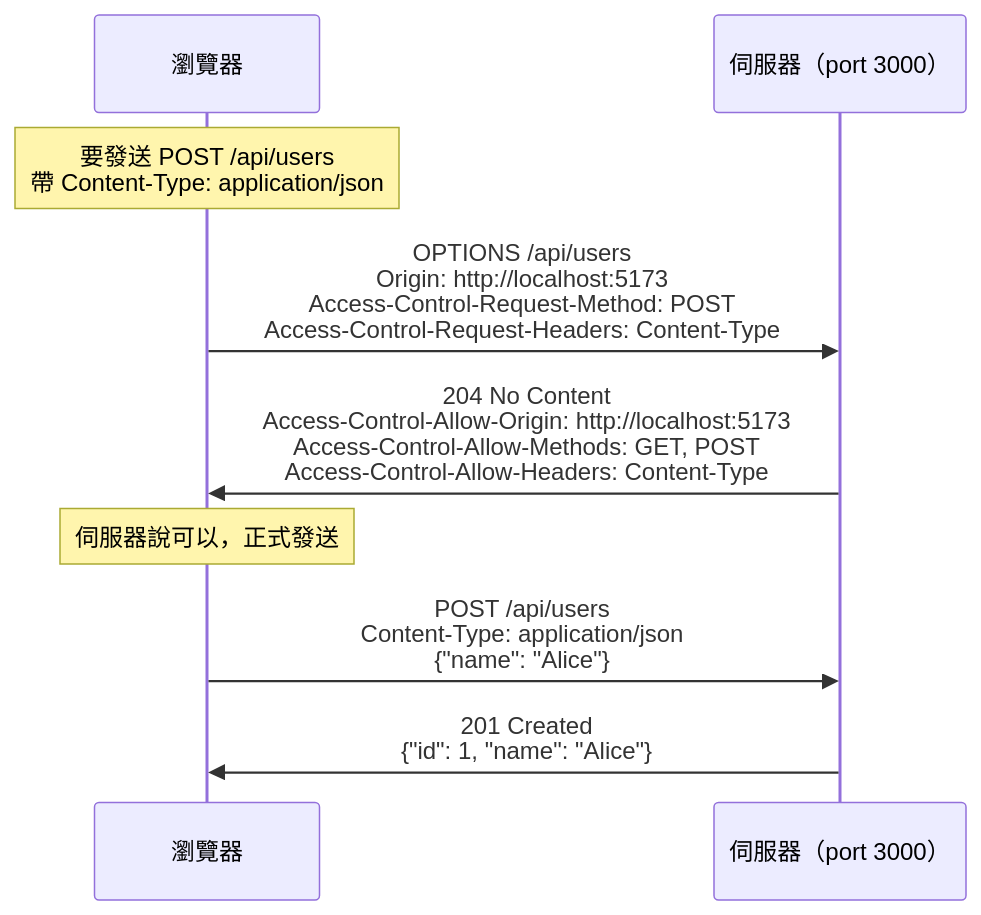
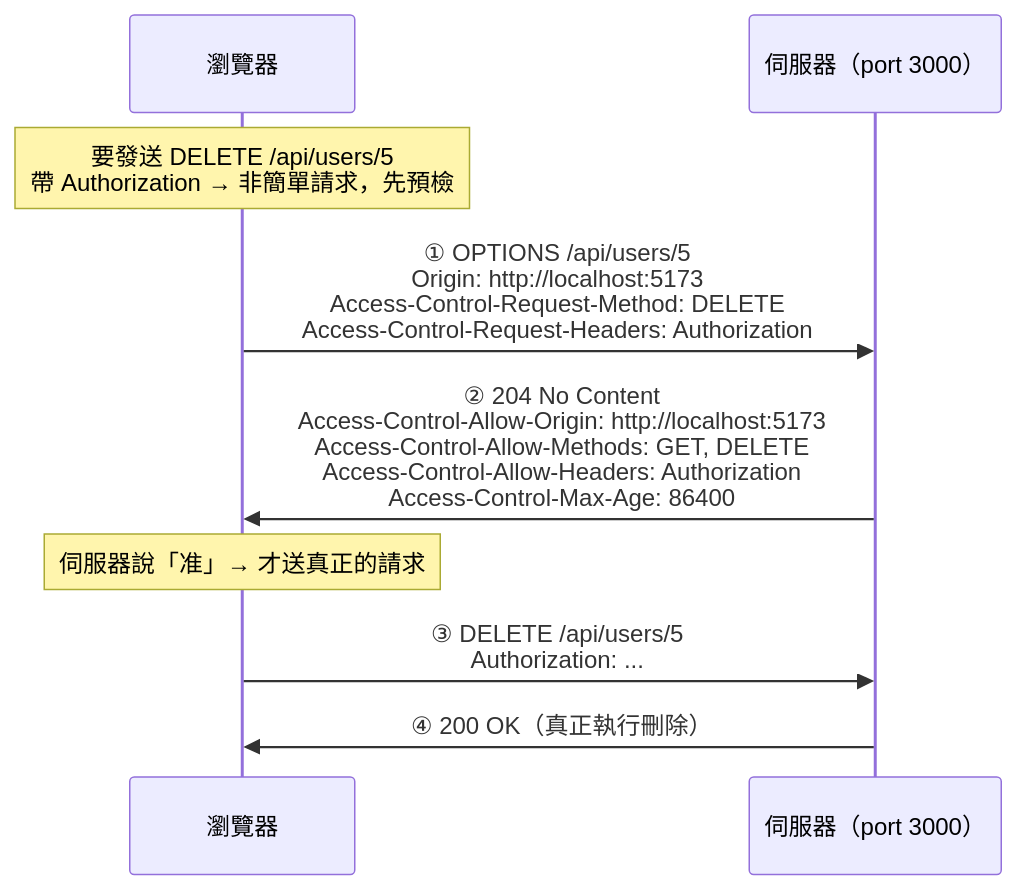
The diagram in 課外讀物/E-3-network/E-3-4-cors.md (liyibass/software-engineer-roadmap), drawn with Mermaid before and after one commit. The commit also changed other lines of this file and 8 other files, not shown here.

````diff
--- a/課外讀物/E-3-network/E-3-4-cors.md
+++ b/課外讀物/E-3-network/E-3-4-cors.md
@@ -86,15 +129,15 @@
 ```mermaid
 sequenceDiagram
     participant B as 瀏覽器
     participant S as 伺服器（port 3000）
 
-    Note over B: 要發送 POST /api/users<br/>帶 Content-Type: application/json
+    Note over B: 要發送 DELETE /api/users/5<br/>帶 Authorization → 非簡單請求，先預檢
 
-    B->>S: OPTIONS /api/users<br/>Origin: http://localhost:5173<br/>Access-Control-Request-Method: POST<br/>Access-Control-Request-Headers: Content-Type
-    S->>B: 204 No Content<br/>Access-Control-Allow-Origin: http://localhost:5173<br/>Access-Control-Allow-Methods: GET, POST<br/>Access-Control-Allow-Headers: Content-Type
+    B->>S: ① OPTIONS /api/users/5<br/>Origin: http://localhost:5173<br/>Access-Control-Request-Method: DELETE<br/>Access-Control-Request-Headers: Authorization
+    S->>B: ② 204 No Content<br/>Access-Control-Allow-Origin: http://localhost:5173<br/>Access-Control-Allow-Methods: GET, DELETE<br/>Access-Control-Allow-Headers: Authorization<br/>Access-Control-Max-Age: 86400
 
-    Note over B: 伺服器說可以，正式發送
+    Note over B: 伺服器說「准」→ 才送真正的請求
 
-    B->>S: POST /api/users<br/>Content-Type: application/json<br/>{"name": "Alice"}
-    S->>B: 201 Created<br/>{"id": 1, "name": "Alice"}
+    B->>S: ③ DELETE /api/users/5<br/>Authorization: ...
+    S->>B: ④ 200 OK（真正執行刪除）
 ```
````
